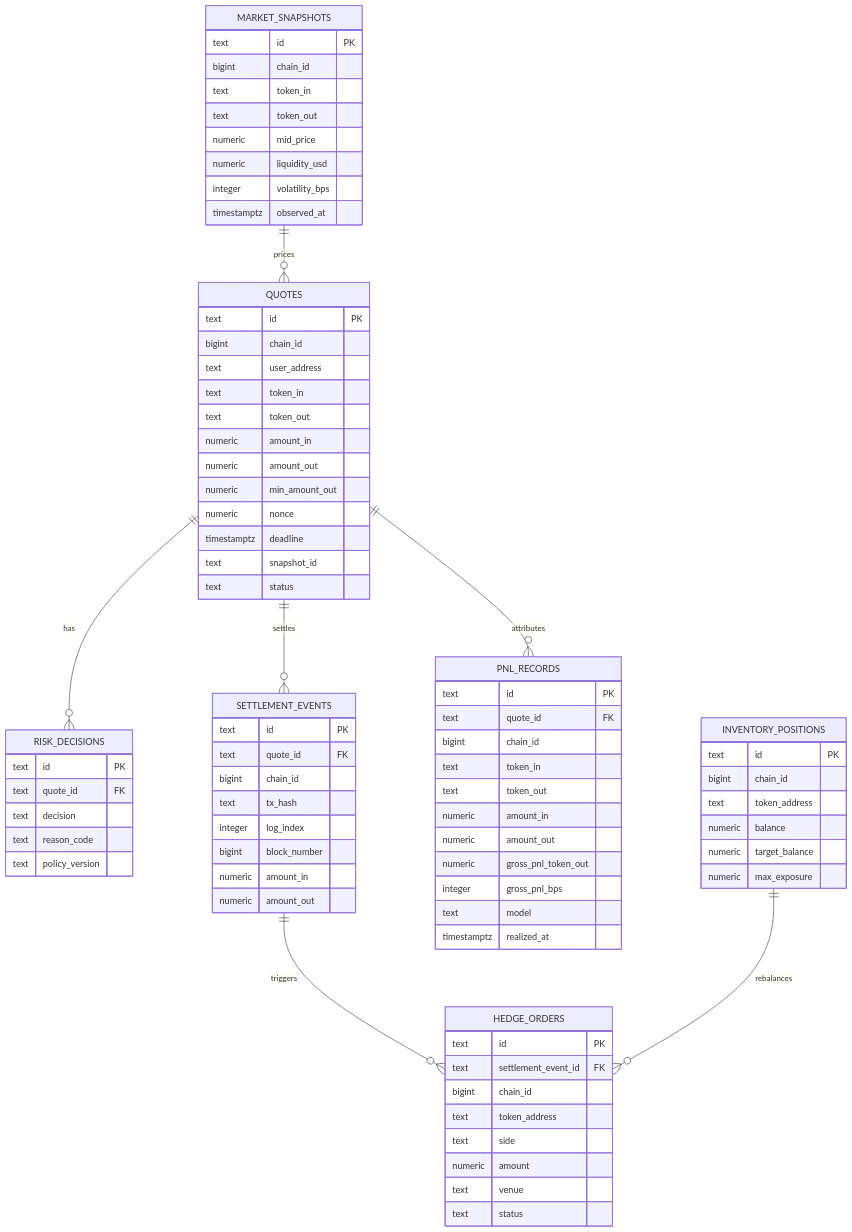
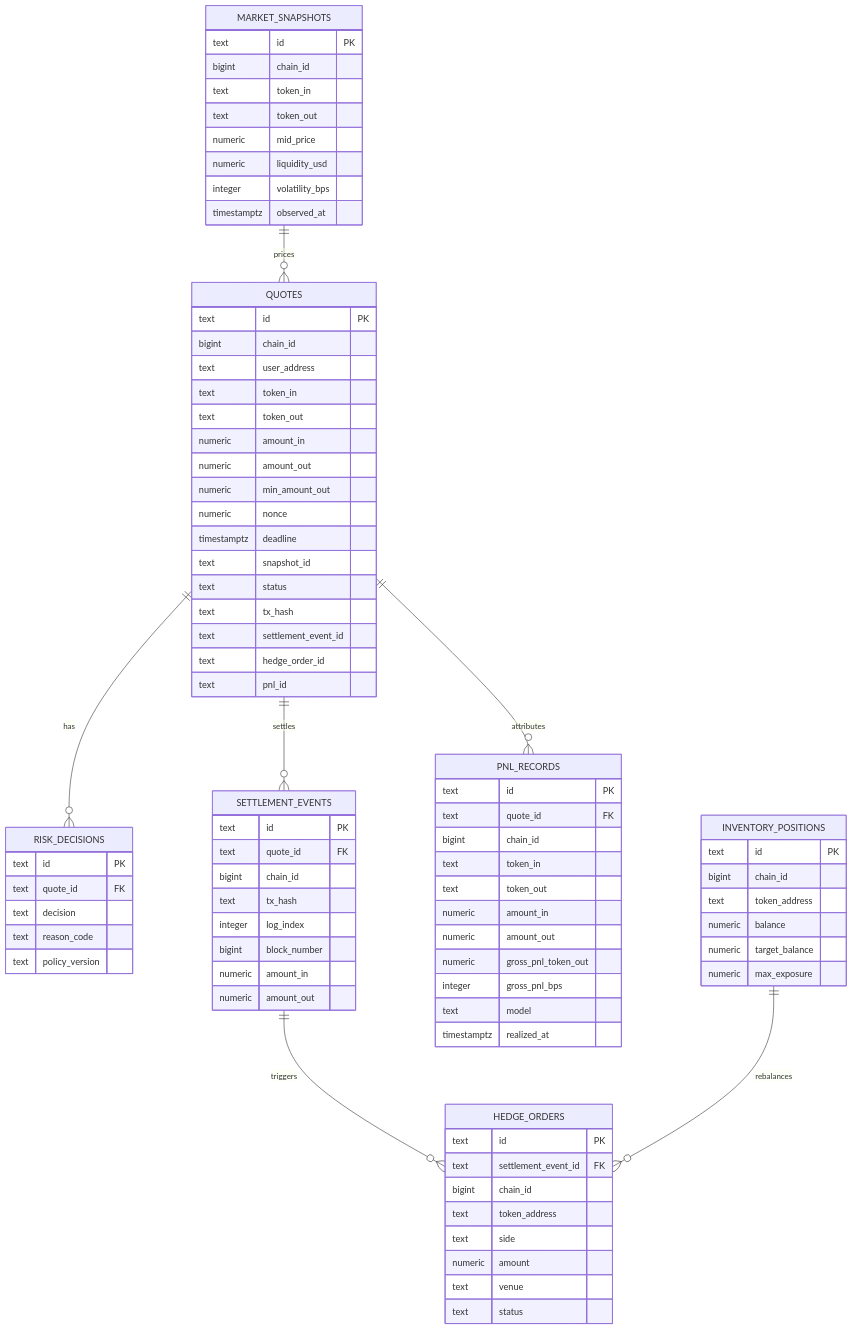
The diagram in docs/database/er-diagram.md (alvis-ai/production-grade-web3-rfq-market-maker), drawn with Mermaid before and after one commit. The commit also changed other lines of this file and 13 other files, not shown here.

```diff
--- a/docs/database/er-diagram.md
+++ b/docs/database/er-diagram.md
@@ -24,6 +24,10 @@
     timestamptz deadline
     text snapshot_id
     text status
+    text tx_hash
+    text settlement_event_id
+    text hedge_order_id
+    text pnl_id
   }
 
   MARKET_SNAPSHOTS {
```
